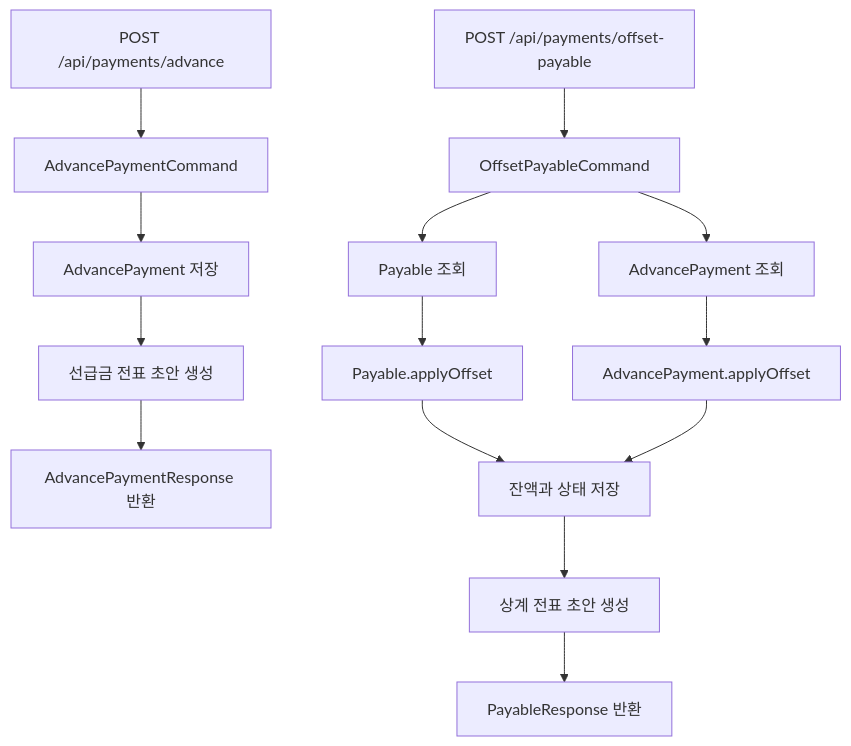
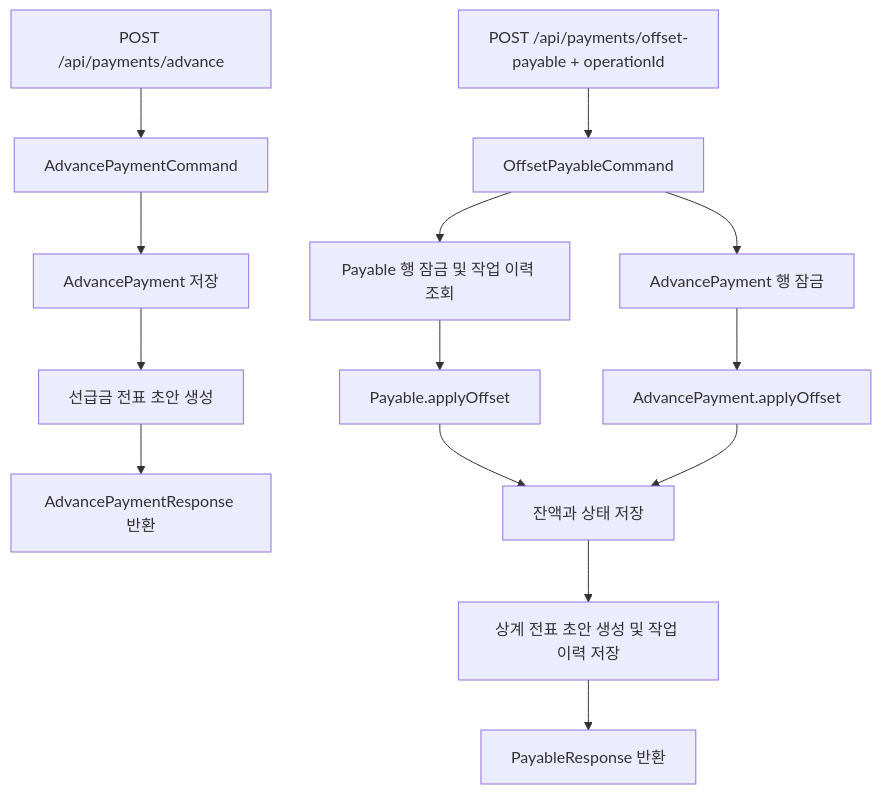
The third of 3 diagrams in payable/docs/process-flow.md (skyg547/account), drawn with Mermaid before and after one commit. The commit also changed other lines of this file and 94 other files, not shown here.

````diff
--- a/payable/docs/process-flow.md
+++ b/payable/docs/process-flow.md
@@ -91,17 +91,17 @@
 ```mermaid
 flowchart TD
     A[POST /api/payments/advance] --> B[AdvancePaymentCommand]
     B --> C[AdvancePayment 저장]
     C --> D[선급금 전표 초안 생성]
     D --> E[AdvancePaymentResponse 반환]
 
-    F[POST /api/payments/offset-payable] --> G[OffsetPayableCommand]
-    G --> H[Payable 조회]
-    G --> I[AdvancePayment 조회]
+    F[POST /api/payments/offset-payable + operationId] --> G[OffsetPayableCommand]
+    G --> H[Payable 행 잠금 및 작업 이력 조회]
+    G --> I[AdvancePayment 행 잠금]
     H --> J[Payable.applyOffset]
     I --> K[AdvancePayment.applyOffset]
     J --> L[잔액과 상태 저장]
     K --> L
-    L --> M[상계 전표 초안 생성]
+    L --> M[상계 전표 초안 생성 및 작업 이력 저장]
     M --> N[PayableResponse 반환]
 ```
````
